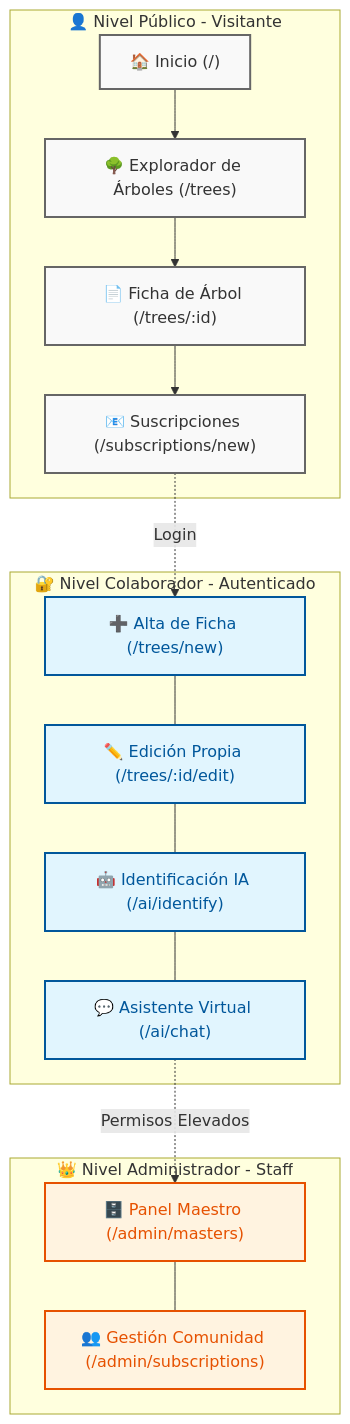
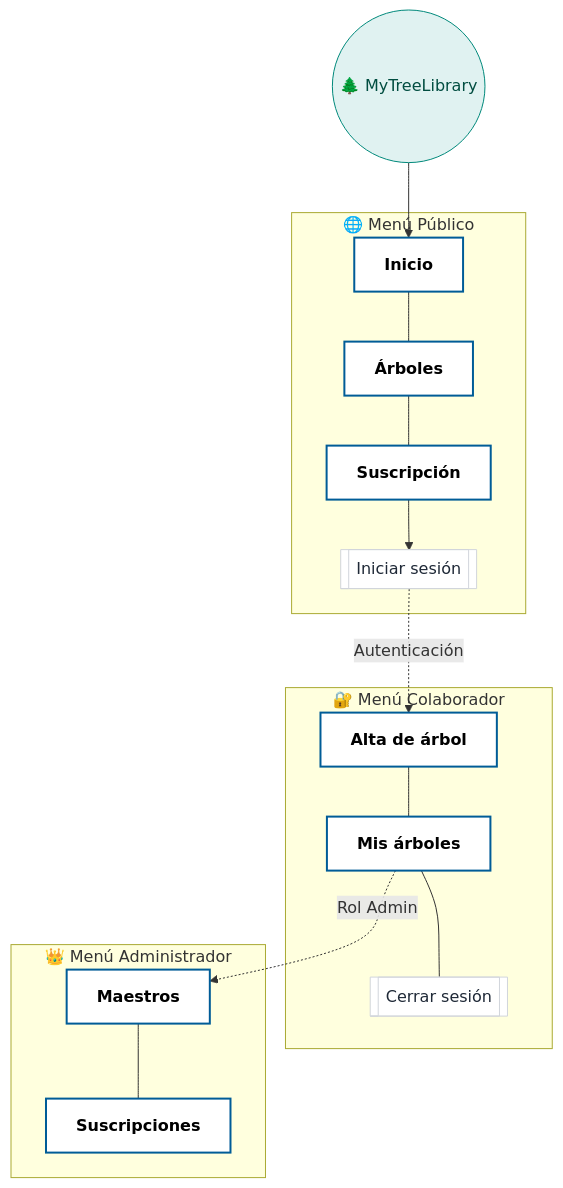
The second of 19 diagrams in readme.md (LIDR-academy/AI4Devs-finalproject), drawn with Mermaid before and after one commit.

Commit message:
Se actualiza diseño navegación

````diff
--- a/readme.md
+++ b/readme.md
@@ -121,49 +121,48 @@
 ```mermaid
 graph TD
-    %% Definición de Estilos
-    classDef publico fill:#f9f9f9,stroke:#666,stroke-width:2px,color:#333
-    classDef colaborador fill:#e1f5fe,stroke:#01579b,stroke-width:2px,color:#01579b
-    classDef admin fill:#fff3e0,stroke:#e65100,stroke-width:2px,color:#e65100
-    classDef folder fill:#eee,stroke:#999,stroke-dasharray: 5 5
+    %% Definición de Estilos Profesionales
+    classDef navbar fill:#ffffff,stroke:#005c97,stroke-width:2px,color:#000,font-weight:bold
+    classDef action fill:#e0f2f1,stroke:#00897b,stroke-width:1px,color:#004d40
+    classDef session fill:#fff,stroke:#d1d5db,stroke-width:1px,color:#1f2937,rx:10
+    classDef ghost fill:none,stroke:none,color:#666,font-style:italic
 
-    %% Nivel Público
-    subgraph Nivel_Publico [👤 Nivel Público - Visitante]
-        Inicio["🏠 Inicio (/)"]
-        Explorador["🌳 Explorador de Árboles (/trees)"]
-        Ficha["📄 Ficha de Árbol (/trees/:id)"]
-        Suscripcion["📧 Suscripciones (/subscriptions/new)"]
+    %% Nodo Principal de la App
+    App((🌲 MyTreeLibrary))
+
+    %% Flujo Nivel Público
+    subgraph Nav_Publico [🌐 Menú Público]
+        P1[Inicio]
+        P2[Árboles]
+        P3[Suscripción]
+        Login[[Iniciar sesión]]
     end
 
-    %% Nivel Colaborador
-    subgraph Nivel_Colaborador [🔐 Nivel Colaborador - Autenticado]
-        Alta["➕ Alta de Ficha (/trees/new)"]
-        Edit["✏️ Edición Propia (/trees/:id/edit)"]
-        Identificador["🤖 Identificación IA (/ai/identify)"]
-        Chat["💬 Asistente Virtual (/ai/chat)"]
+    %% Flujo Nivel Colaborador
+    subgraph Nav_Colaborador [🔐 Menú Colaborador]
+        C1[Alta de árbol]
+        C2[Mis árboles]
+        Logout[[Cerrar sesión]]
     end
 
-    %% Nivel Administrador
-    subgraph Nivel_Admin [👑 Nivel Administrador - Staff]
-        Masters["🗄️ Panel Maestro (/admin/masters)"]
-        Comunidad["👥 Gestión Comunidad (/admin/subscriptions)"]
+    %% Flujo Nivel Admin
+    subgraph Nav_Admin [👑 Menú Administrador]
+        A1[Maestros]
+        A2[Suscripciones]
     end
 
-    %% Relaciones de Acceso
-    Inicio --> Explorador
-    Explorador --> Ficha
-    Ficha --> Suscripcion
-    
-    %% Conexiones entre niveles
-    Suscripcion -.->|Login| Alta
-    Alta --- Edit
-    Edit --- Identificador
-    Identificador --- Chat
+    %% Relaciones de Navegación
+    App --> P1
+    P1 --- P2 --- P3
+    P3 --> Login
 
-    Chat -.->|Permisos Elevados| Masters
-    Masters --- Comunidad
+    Login -.->|Autenticación| C1
+    C1 --- C2 --- Logout
 
-    %% Aplicación de Clases
-    class Inicio,Explorador,Ficha,Suscripcion publico
-    class Alta,Edit,Identificador,Chat colaborador
-    class Masters,Comunidad admin
+    C2 -.->|Rol Admin| A1
+    A1 --- A2
+
+    %% Asignación de Estilos
+    class P1,P2,P3,C1,C2,A1,A2 navbar
+    class Login,Logout session
+    class App action
 ```
````
